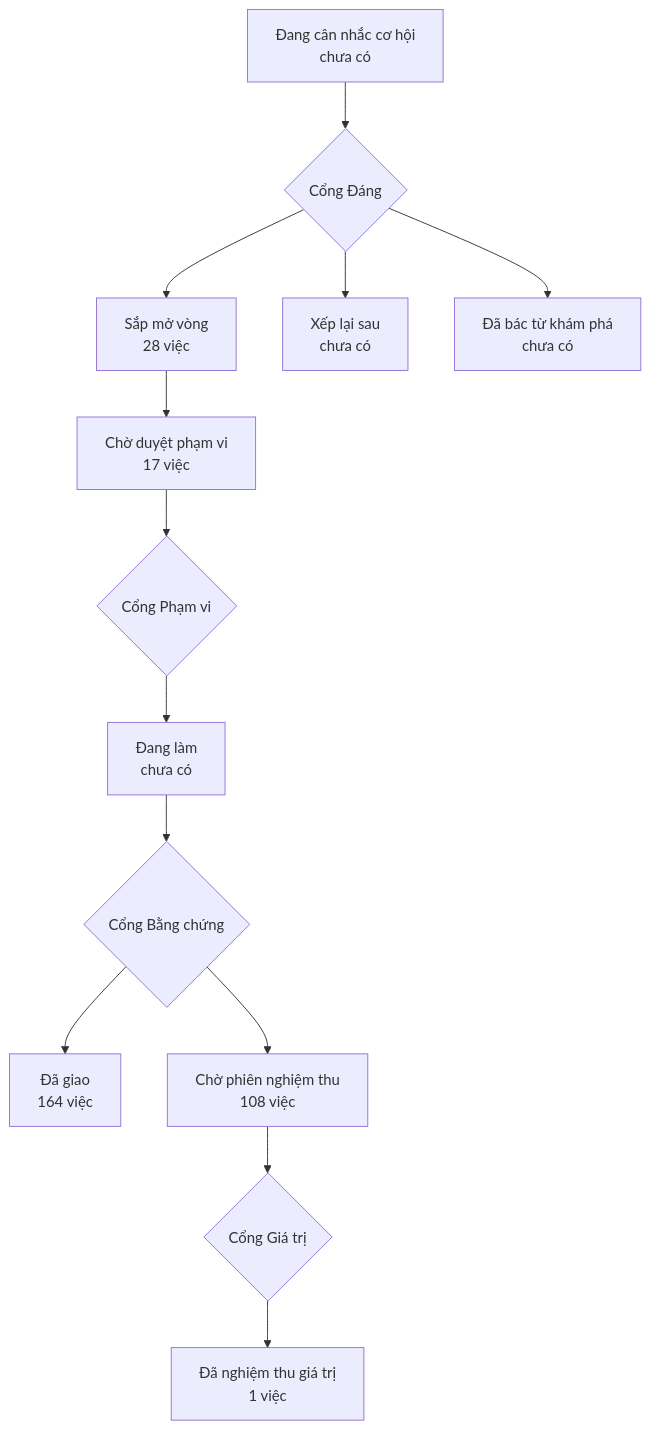
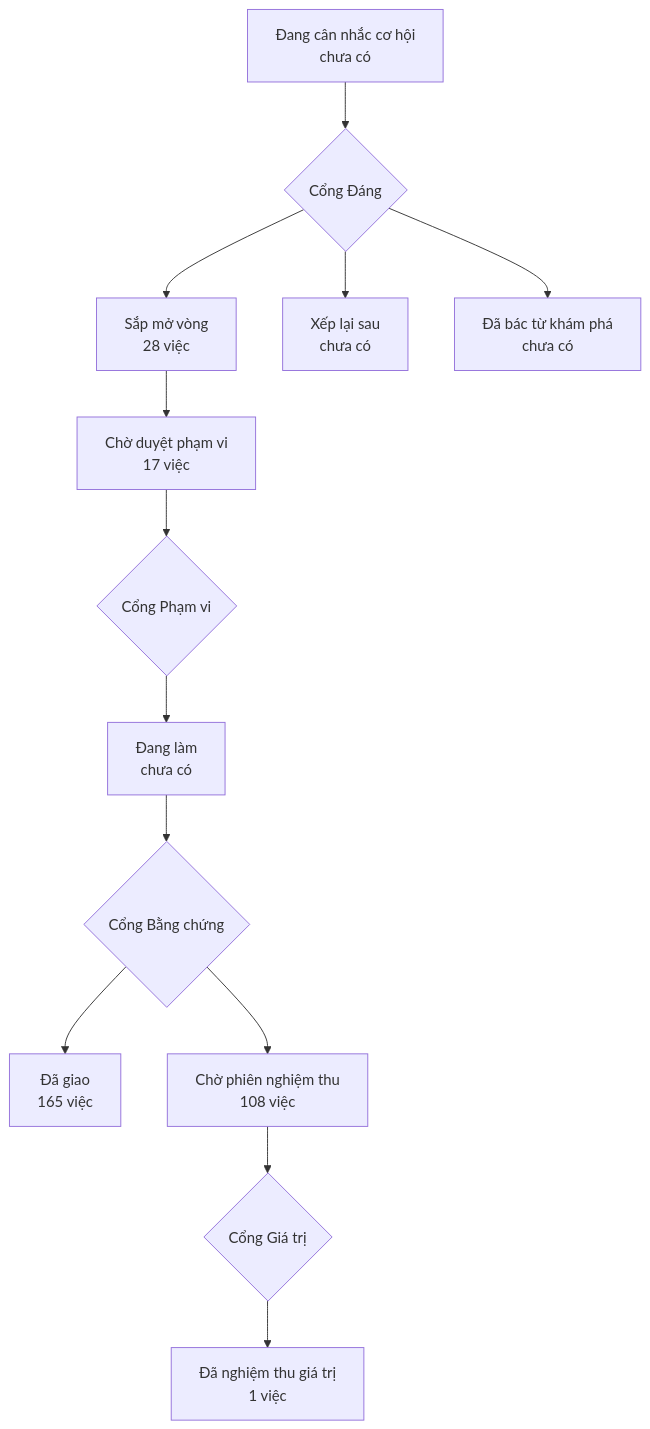
One commit to phanlemanh/onehub-invest changed the diagram in PRODUCT-MAP.md. Above: the diagram before and after it, drawn with Mermaid. The commit also changed other lines of this file and 1 other file, not shown here.

Commit message:
chore(product-map): vẽ lại sau khi gộp main

````diff
--- a/PRODUCT-MAP.md
+++ b/PRODUCT-MAP.md
@@ -7,12 +7,12 @@
 ```mermaid
 flowchart TD
   A["Đang cân nhắc cơ hội<br/>chưa có"] --> GD{"Cổng Đáng"}
   GD --> B["Sắp mở vòng<br/>28 việc"]
   GD --> XL["Xếp lại sau<br/>chưa có"]
   GD --> DB["Đã bác từ khám phá<br/>chưa có"]
   B --> CD["Chờ duyệt phạm vi<br/>17 việc"] --> GP{"Cổng Phạm vi"}
   GP --> DL["Đang làm<br/>chưa có"] --> GB{"Cổng Bằng chứng"}
-  GB --> DG["Đã giao<br/>164 việc"]
+  GB --> DG["Đã giao<br/>165 việc"]
   GB --> CN["Chờ phiên nghiệm thu<br/>108 việc"] --> GG{"Cổng Giá trị"}
   GG --> NT["Đã nghiệm thu giá trị<br/>1 việc"]
 ```
````
